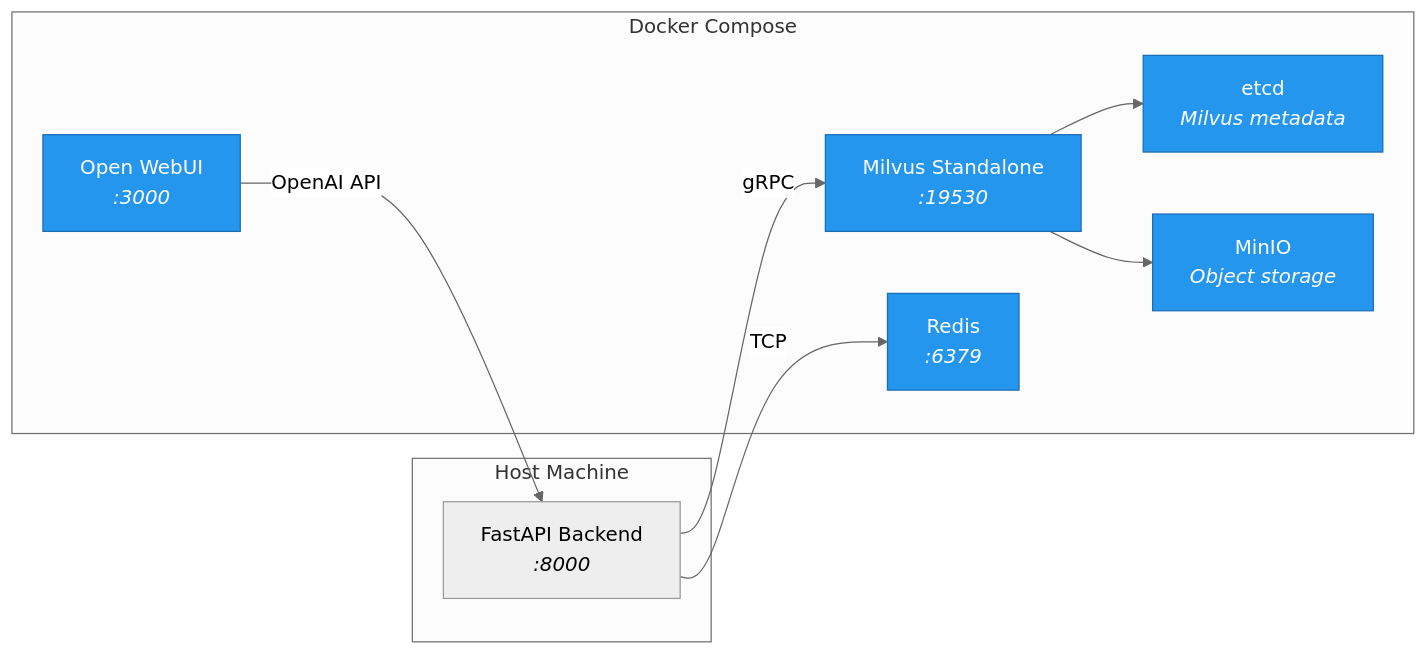
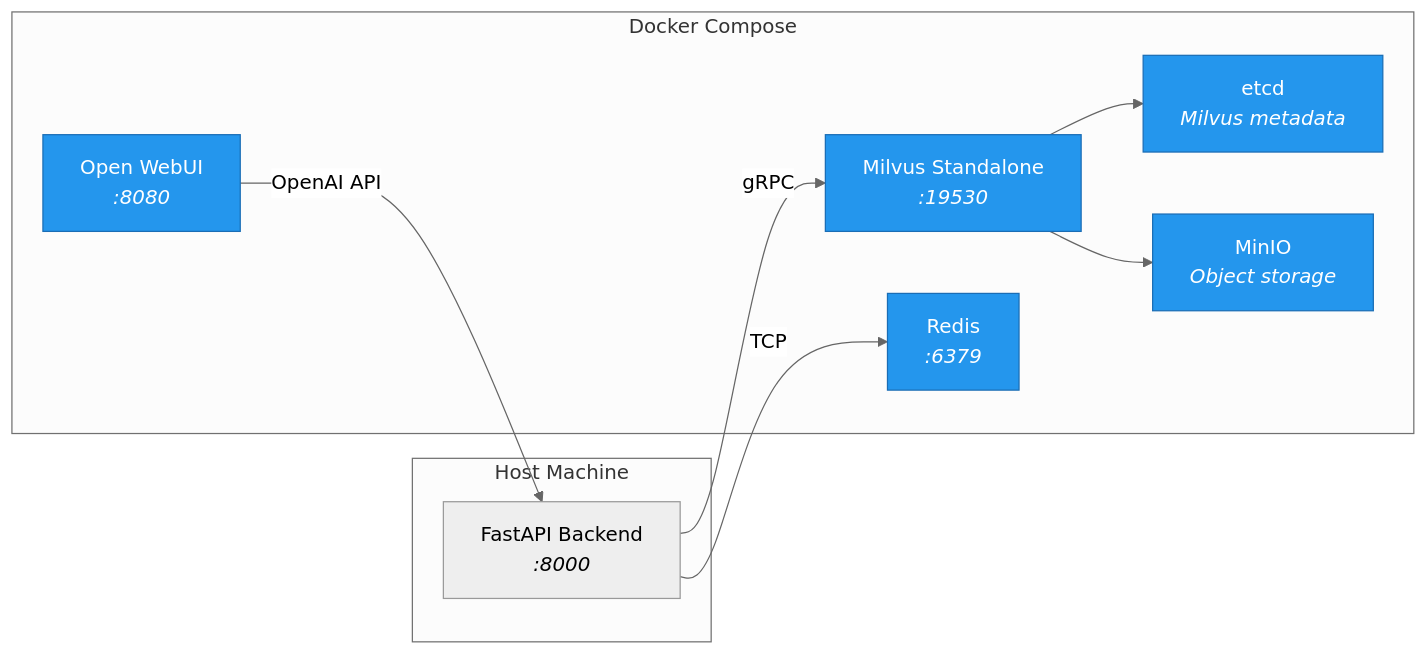
One commit to weecici/audio-rag changed the sixth of 6 diagrams in README.md. Above: the diagram before and after it, drawn with Mermaid (neutral theme). The commit also changed other lines of this file, not shown here.

````diff
--- a/README.md
+++ b/README.md
@@ -573,23 +578,23 @@
 ```mermaid
 graph LR
     subgraph Host Machine
         APP[FastAPI Backend<br/><i>:8000</i>]
     end
 
     subgraph Docker Compose
         ETCD[etcd<br/><i>Milvus metadata</i>]
         MINIO[MinIO<br/><i>Object storage</i>]
         MILVUS[Milvus Standalone<br/><i>:19530</i>]
         REDIS[Redis<br/><i>:6379</i>]
-        WEBUI[Open WebUI<br/><i>:3000</i>]
+        WEBUI[Open WebUI<br/><i>:8080</i>]
     end
 
     WEBUI -->|OpenAI API| APP
     APP -->|gRPC| MILVUS
     APP -->|TCP| REDIS
     MILVUS --> ETCD
     MILVUS --> MINIO
 
     classDef docker fill:#2496ED,stroke:#1A6DB5,color:#fff
     class ETCD,MINIO,MILVUS,REDIS,WEBUI docker
 ```
````
